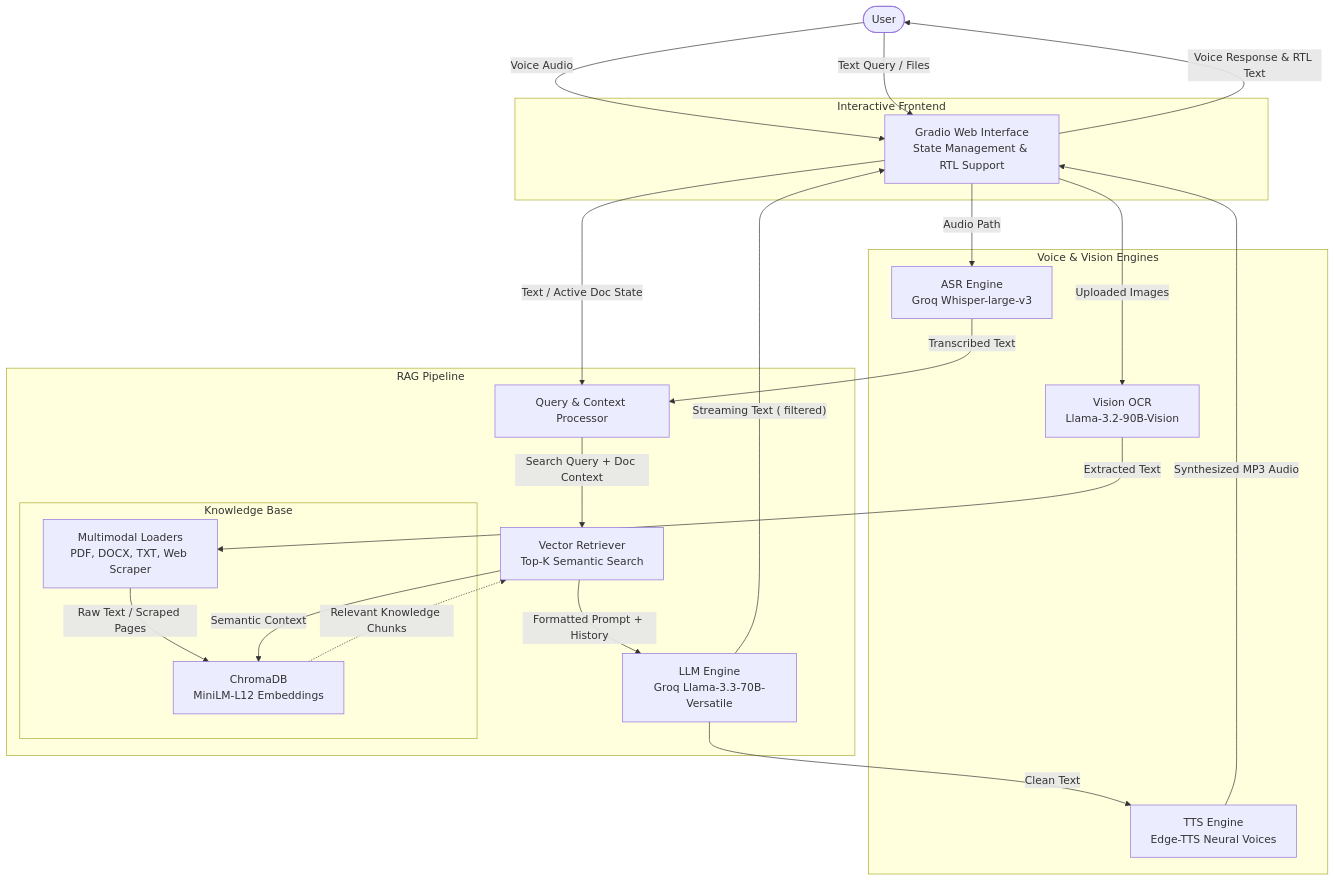
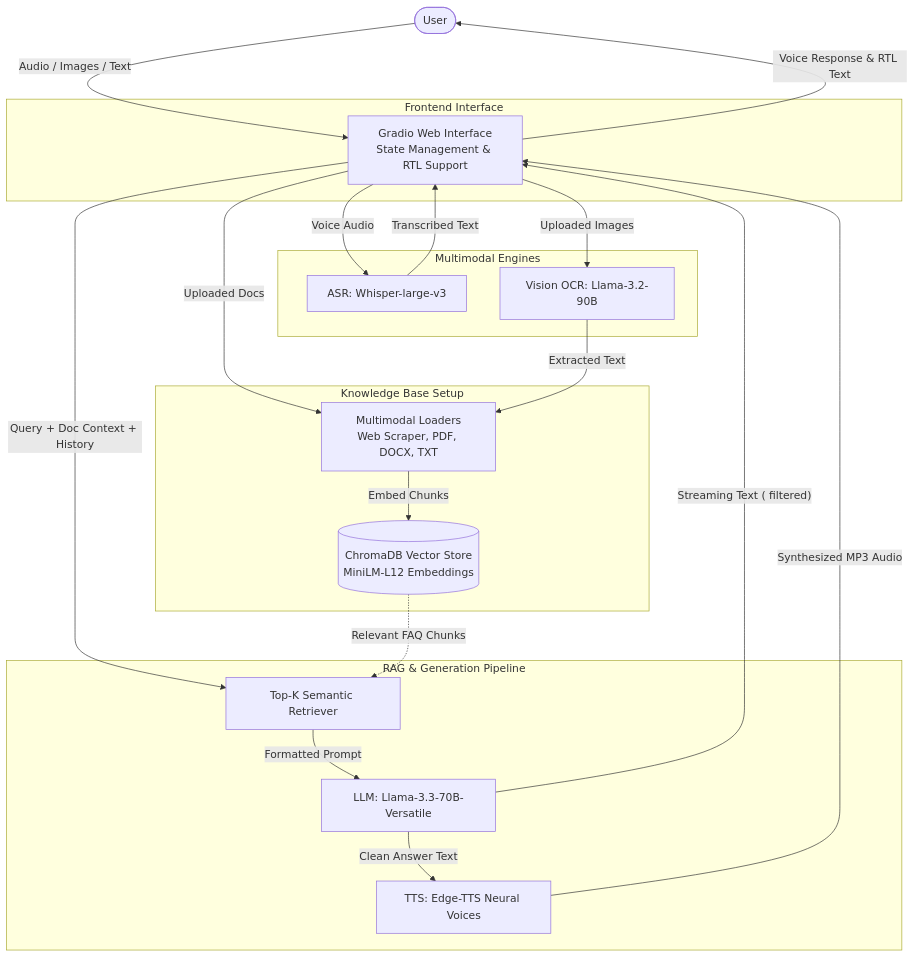
The diagram in README.md (MalakHisham121/TelecomEgypt_intelligent-assistant), drawn with Mermaid before and after one commit.

Commit message:
Revise architecture diagram and component names
Updated the architecture diagram in README to reflect changes in the UI and processing components.

````diff
--- a/README.md
+++ b/README.md
@@ -15,50 +15,46 @@
 ```mermaid
 graph TD
     User([User])
-    
-    subgraph UI [Interactive Frontend]
+
+    subgraph UI [Frontend Interface]
         App[Gradio Web Interface<br/>State Management & RTL Support]
     end
-    
-    subgraph Voice & Vision Engines
-        ASR[ASR Engine<br/>Groq Whisper-large-v3]
-        TTS[TTS Engine<br/>Edge-TTS Neural Voices]
-        OCR[Vision OCR<br/>Llama-3.2-90B-Vision]
-    end
-    
-    subgraph RAG Pipeline
-        Query[Query & Context Processor]
-        LLM[LLM Engine<br/>Groq Llama-3.3-70B-Versatile]
-        Retriever[Vector Retriever<br/>Top-K Semantic Search]
-        
-        subgraph Knowledge Base
-            DocLoader[Multimodal Loaders<br/>PDF, DOCX, TXT, Web Scraper]
-            Chroma[ChromaDB<br/>MiniLM-L12 Embeddings]
-        end
+
+    subgraph Ingestion [Knowledge Base Setup]
+        Loaders[Multimodal Loaders<br/>Web Scraper, PDF, DOCX, TXT]
+        Chroma[(ChromaDB Vector Store<br/>MiniLM-L12 Embeddings)]
+        Loaders -->|"Embed Chunks"| Chroma
     end
 
-    %% Input Flow
-    User -- "Voice Audio" --> App
-    User -- "Text Query / Files" --> App
-    App -- "Audio Path" --> ASR
-    ASR -- "Transcribed Text" --> Query
-    App -- "Text / Active Doc State" --> Query
+    subgraph Processing [Multimodal Engines]
+        ASR[ASR: Whisper-large-v3]
+        OCR[Vision OCR: Llama-3.2-90B]
+    end
+
+    subgraph RAG [RAG & Generation Pipeline]
+        Retriever[Top-K Semantic Retriever]
+        LLM[LLM: Llama-3.3-70B-Versatile]
+        TTS[TTS: Edge-TTS Neural Voices]
+    end
+
+    %% Input Routing
+    User -->|"Audio / Images / Text"| App
+    App -->|"Voice Audio"| ASR
+    App -->|"Uploaded Images"| OCR
+    App -->|"Uploaded Docs"| Loaders
     
-    %% Ingestion Flow
-    DocLoader -- "Raw Text / Scraped Pages" --> Chroma
-    App -- "Uploaded Images" --> OCR
-    OCR -- "Extracted Text" --> DocLoader
+    %% Processing Routing
+    ASR -->|"Transcribed Text"| App
+    OCR -->|"Extracted Text"| Loaders
     
     %% Retrieval & Generation
-    Query -- "Search Query + Doc Context" --> Retriever
-    Retriever -- "Semantic Context" --> Chroma
-    Chroma -. "Relevant Knowledge Chunks" .-> Retriever
-    Retriever -- "Formatted Prompt + History" --> LLM
+    App -->|"Query + Doc Context + History"| Retriever
+    Chroma -.->|"Relevant FAQ Chunks"| Retriever
+    Retriever -->|"Formatted Prompt"| LLM
     
-    %% Output Flow
-    LLM -- "Streaming Text (<think> filtered)" --> App
-    LLM -- "Clean Text" --> TTS
-    TTS -- "Synthesized MP3 Audio" --> App
-    App -- "Voice Response & RTL Text" --> User
-
+    %% Output Routing
+    LLM -->|"Streaming Text (<think> filtered)"| App
+    LLM -->|"Clean Answer Text"| TTS
+    TTS -->|"Synthesized MP3 Audio"| App
+    App -->|"Voice Response & RTL Text"| User
 ```
````
